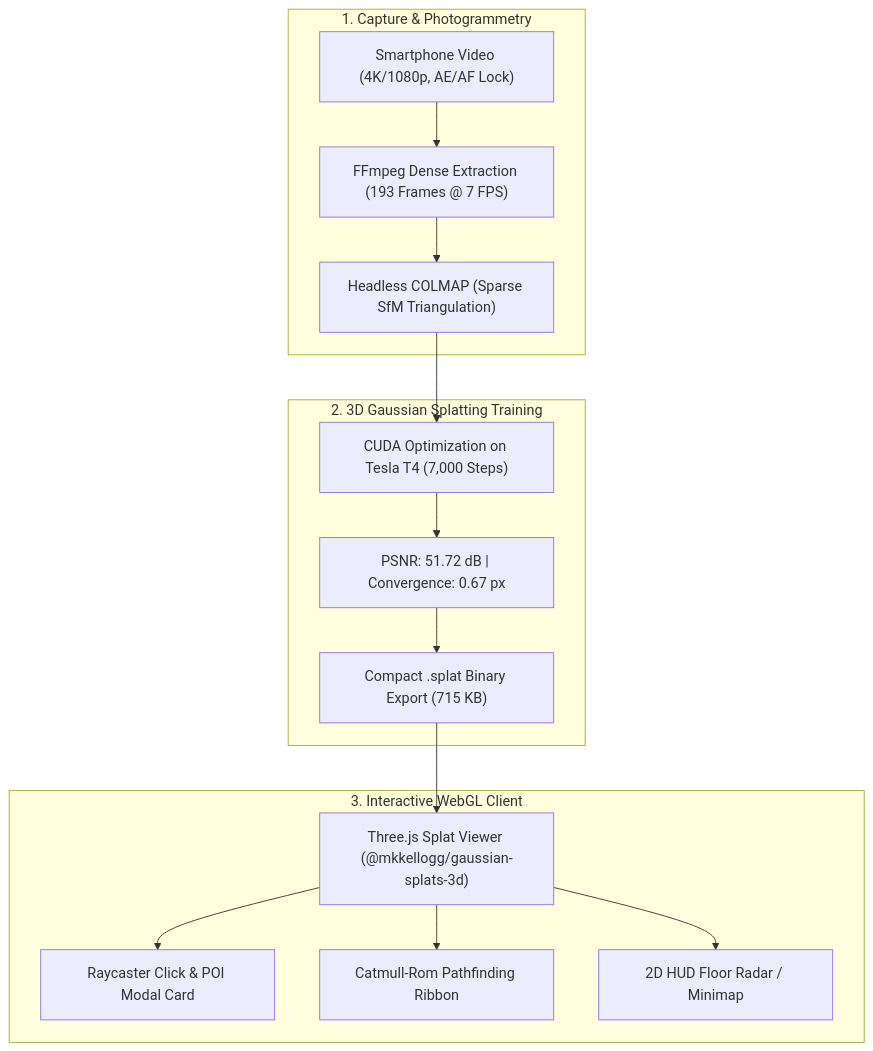
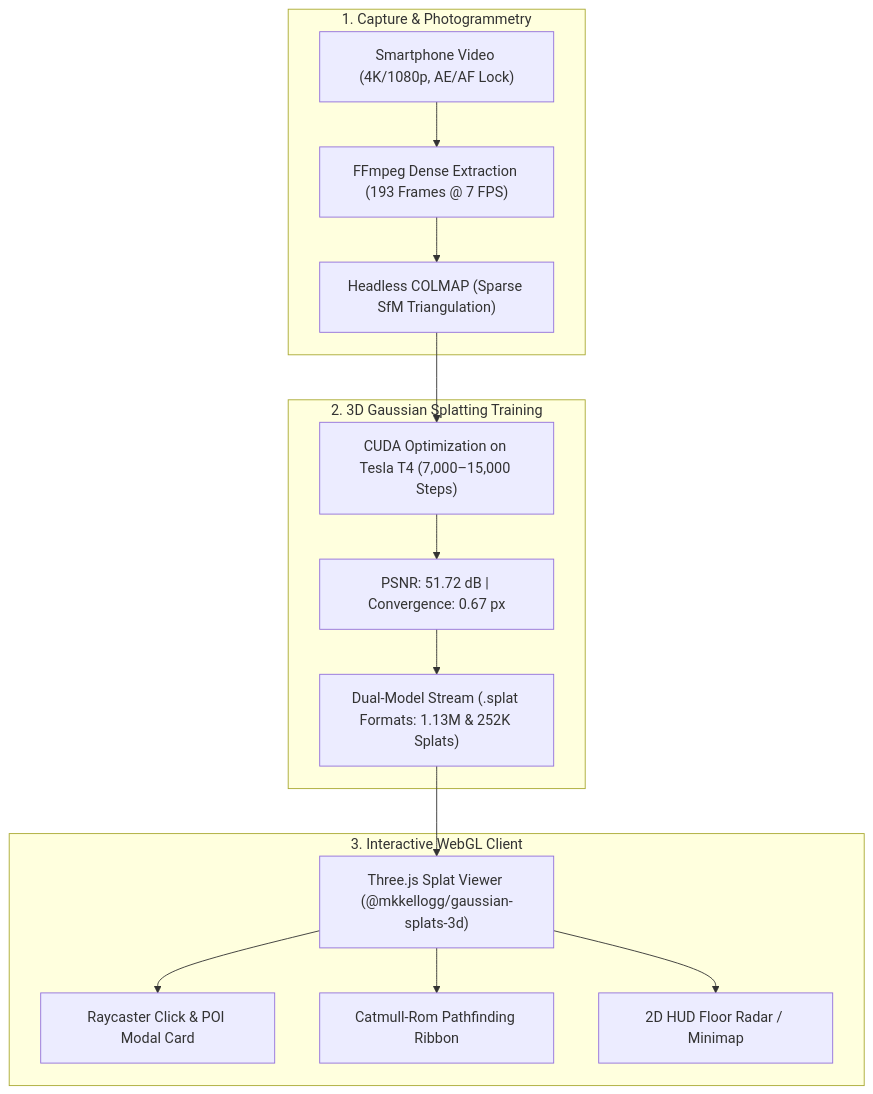
The diagram in README.md (Kaish-sheikh/nammaspace-digital-twin), drawn with Mermaid before and after one commit. The commit also changed other lines of this file and 10 other files, not shown here.

Commit message:
Upgrade showcase: Default to Ultra-HD Studio (1.13M splats) and upgrade mobile scan to High-Density model (8.1 MB, 252k splats)

````diff
--- a/README.md
+++ b/README.md
@@ -30,20 +30,20 @@
 ```mermaid
 flowchart TD
     subgraph 1. Capture & Photogrammetry
         A["Smartphone Video (4K/1080p, AE/AF Lock)"] --> B["FFmpeg Dense Extraction (193 Frames @ 7 FPS)"]
         B --> C["Headless COLMAP (Sparse SfM Triangulation)"]
     end
 
     subgraph 2. 3D Gaussian Splatting Training
-        C --> D["CUDA Optimization on Tesla T4 (7,000 Steps)"]
+        C --> D["CUDA Optimization on Tesla T4 (7,000–15,000 Steps)"]
         D --> E["PSNR: 51.72 dB | Convergence: 0.67 px"]
-        E --> F["Compact .splat Binary Export (715 KB)"]
+        E --> F["Dual-Model Stream (.splat Formats: 1.13M & 252K Splats)"]
     end
 
     subgraph 3. Interactive WebGL Client
         F --> G["Three.js Splat Viewer (@mkkellogg/gaussian-splats-3d)"]
         G --> H["Raycaster Click & POI Modal Card"]
         G --> I["Catmull-Rom Pathfinding Ribbon"]
         G --> J["2D HUD Floor Radar / Minimap"]
     end
 ```
````
